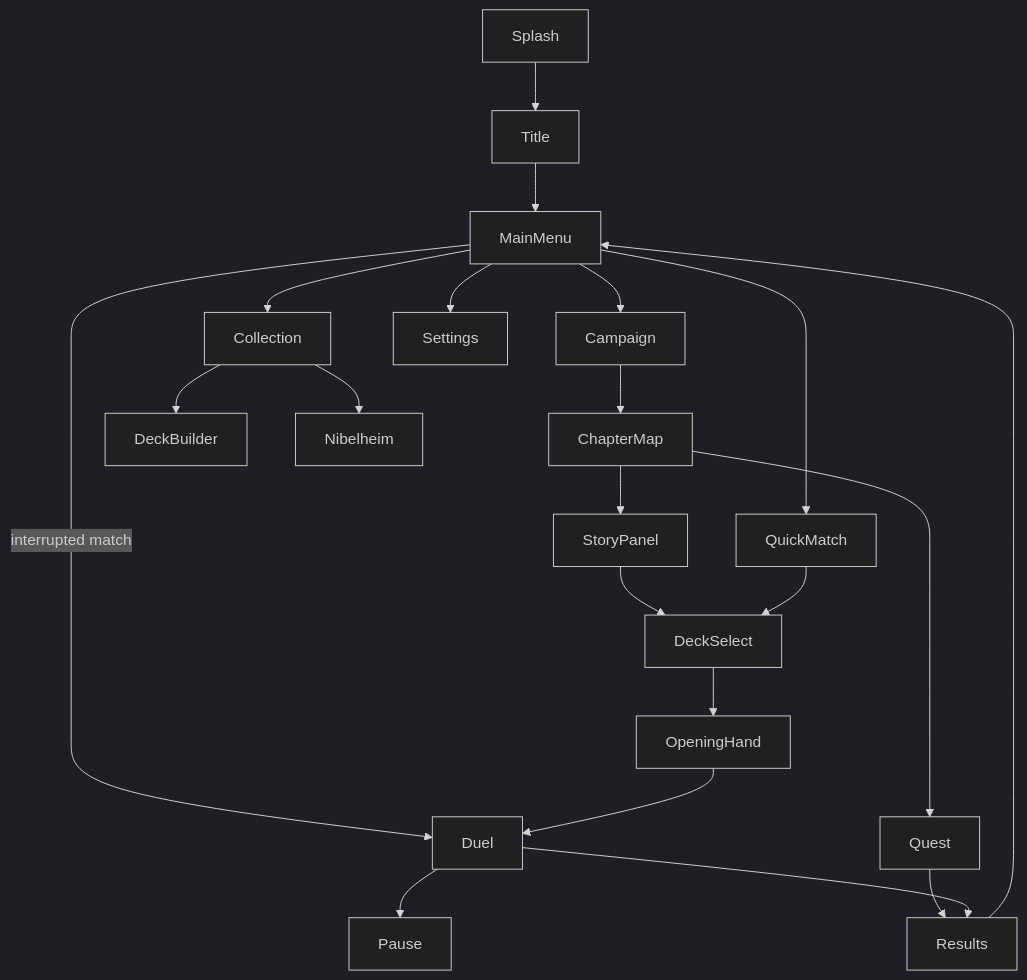
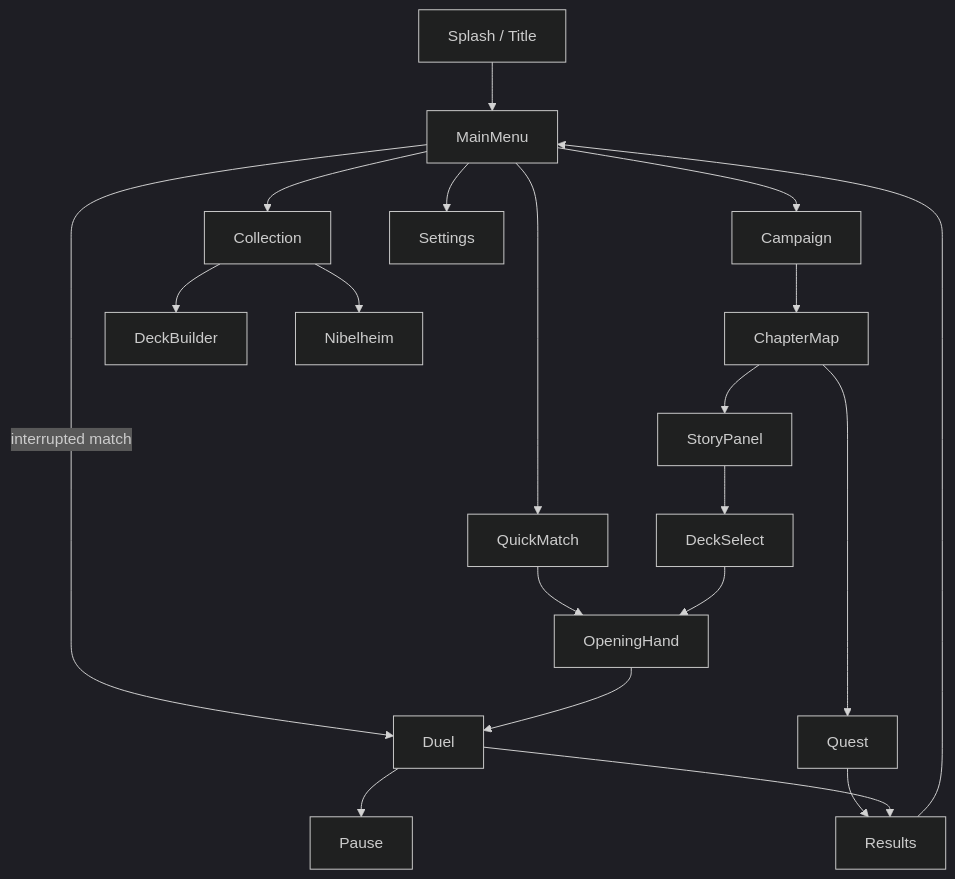
Before and after one commit to TuntematonSotilas/nothung: the diagram in docs/functional/07-ui-ux.md, drawn with Mermaid (dark theme). The commit also changed other lines of this file and 36 other files, not shown here.

Commit message:
roadmap 5 - Menus & meta

````diff
--- a/docs/functional/07-ui-ux.md
+++ b/docs/functional/07-ui-ux.md
@@ -17,19 +17,18 @@
 ```mermaid
 flowchart TD
-    Splash --> Title
-    Title --> MainMenu
+    Splash[Splash / Title] --> MainMenu
     MainMenu --> Campaign
     MainMenu --> QuickMatch
     MainMenu --> Collection
     MainMenu --> Settings
     MainMenu -->|interrupted match| Duel
     Campaign --> ChapterMap --> StoryPanel --> DeckSelect
     ChapterMap --> Quest --> Results
-    QuickMatch --> DeckSelect
+    QuickMatch --> OpeningHand
     DeckSelect --> OpeningHand --> Duel
     Duel --> Pause
     Duel --> Results
     Results --> MainMenu
     Collection --> DeckBuilder
     Collection --> Nibelheim
 ```
````
